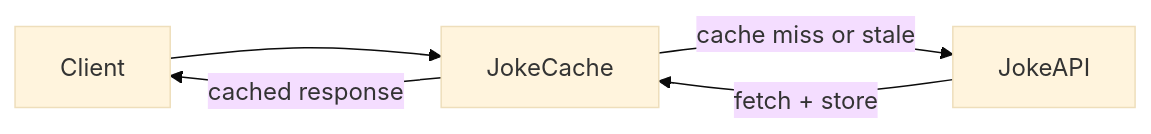
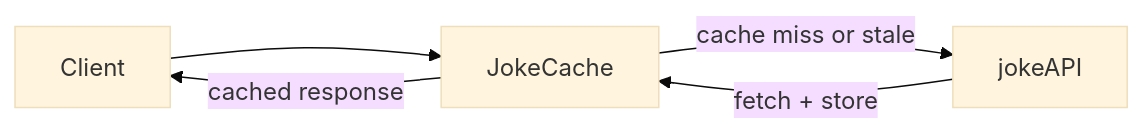
The diagram in learn/developers/caching-with-harper.mdx (HarperFast/documentation), drawn with Mermaid (base theme) before and after one commit. The commit also changed other lines of this file and 3 other files, not shown here.

````diff
--- a/learn/developers/caching-with-harper.mdx
+++ b/learn/developers/caching-with-harper.mdx
@@ -95,7 +94,7 @@
 ```mermaid
 flowchart LR
     Client --> JokeCache
-    JokeCache -->|cache miss or stale| JokeAPI
-    JokeAPI -->|fetch + store| JokeCache
+    JokeCache -->|cache miss or stale| jokeAPI
+    jokeAPI -->|fetch + store| JokeCache
     JokeCache -->|cached response| Client
 ```
````
